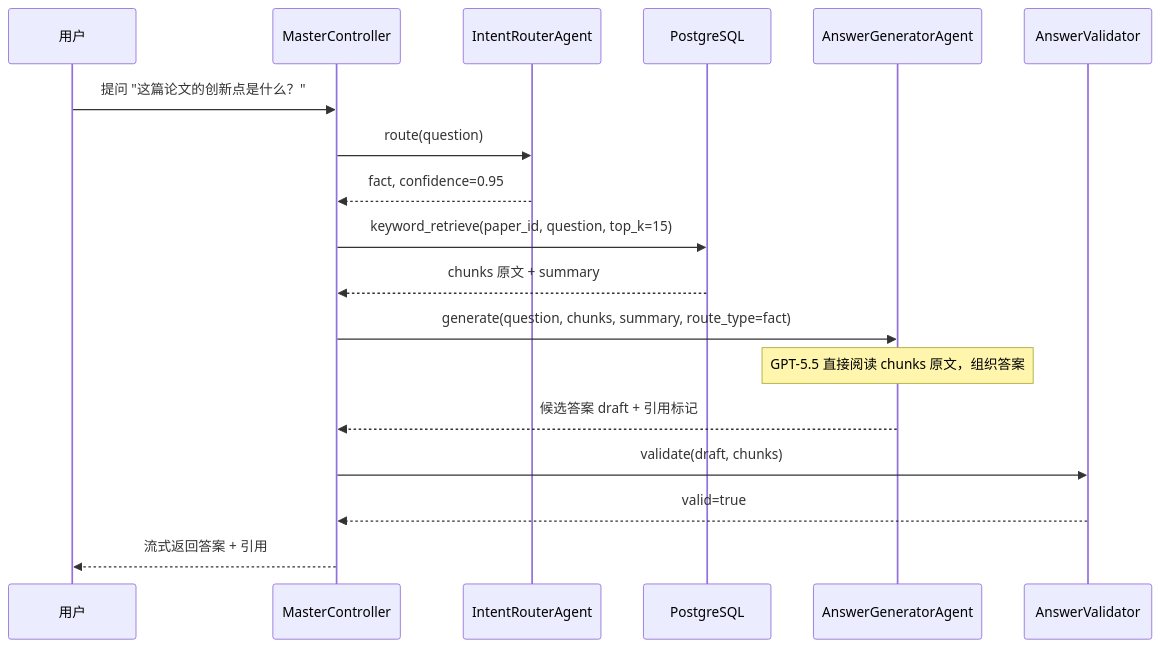
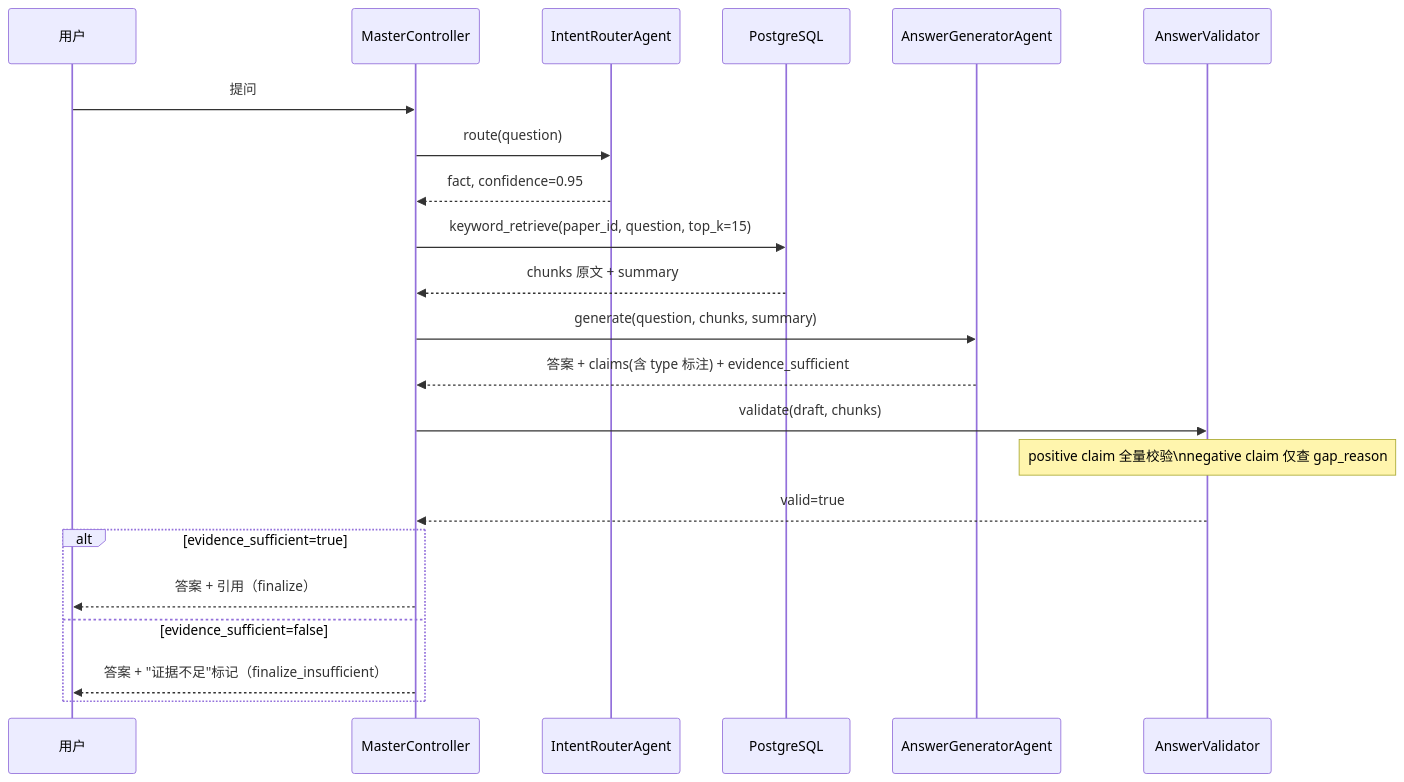
Before and after one commit to szy2334/ragflow-course-project: the third of 4 diagrams in 论文问答多智能体架构改进方案_V1.0.md, drawn with Mermaid. The commit also changed other lines of this file, not shown here.

````diff
--- a/论文问答多智能体架构改进方案_V1.0.md
+++ b/论文问答多智能体架构改进方案_V1.0.md
@@ -122,25 +160,29 @@
 ```mermaid
 sequenceDiagram
     participant U as 用户
     participant MC as MasterController
     participant IRA as IntentRouterAgent
     participant DB as PostgreSQL
     participant AGA as AnswerGeneratorAgent
     participant AV as AnswerValidator
 
-    U->>MC: 提问 "这篇论文的创新点是什么？"
+    U->>MC: 提问
     MC->>IRA: route(question)
     IRA-->>MC: fact, confidence=0.95
 
     MC->>DB: keyword_retrieve(paper_id, question, top_k=15)
     DB-->>MC: chunks 原文 + summary
 
-    MC->>AGA: generate(question, chunks, summary, route_type=fact)
-    Note over AGA: GPT-5.5 直接阅读 chunks 原文，组织答案
-    AGA-->>MC: 候选答案 draft + 引用标记
+    MC->>AGA: generate(question, chunks, summary)
+    AGA-->>MC: 答案 + claims(含 type 标注) + evidence_sufficient
 
     MC->>AV: validate(draft, chunks)
+    Note over AV: positive claim 全量校验\nnegative claim 仅查 gap_reason
     AV-->>MC: valid=true
 
-    MC-->>U: 流式返回答案 + 引用
+    alt evidence_sufficient=true
+        MC-->>U: 答案 + 引用（finalize）
+    else evidence_sufficient=false
+        MC-->>U: 答案 + "证据不足"标记（finalize_insufficient）
+    end
 ```
````
